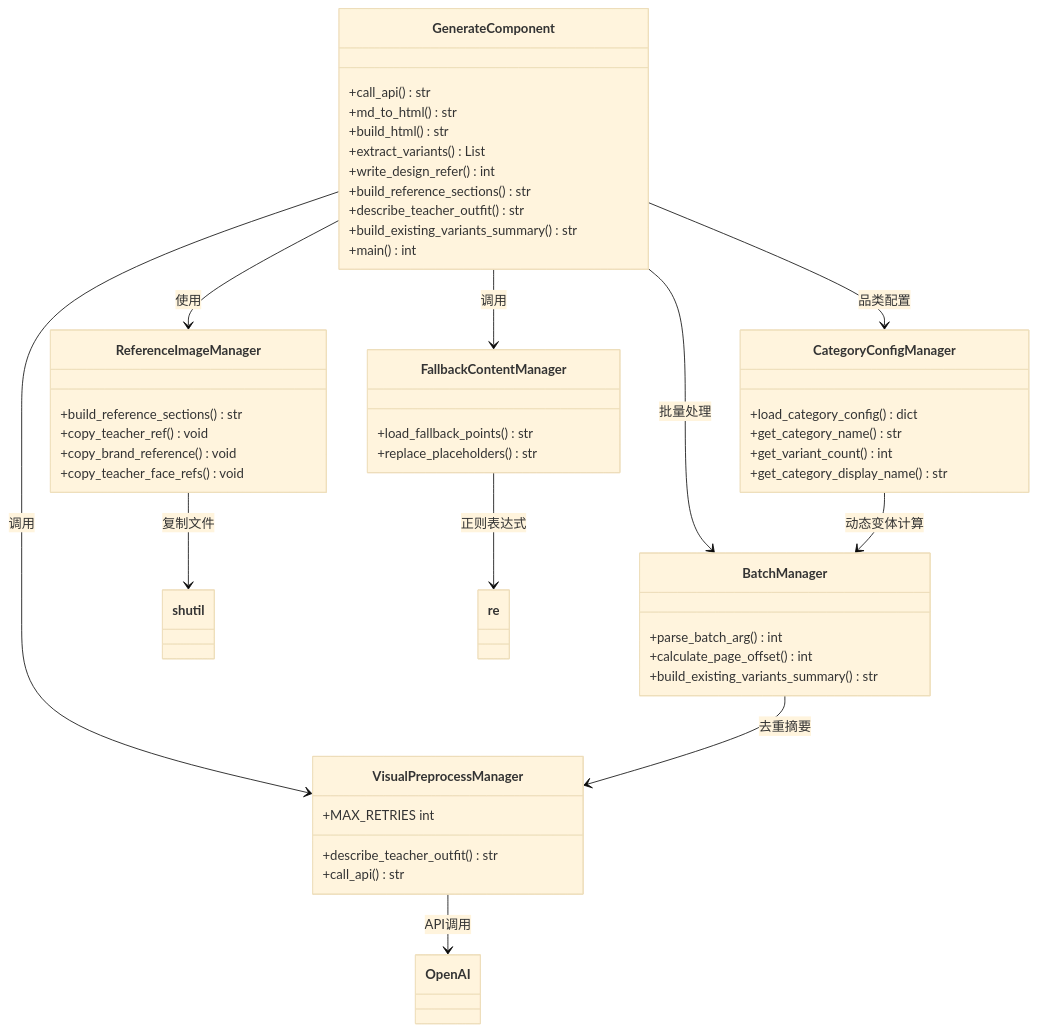
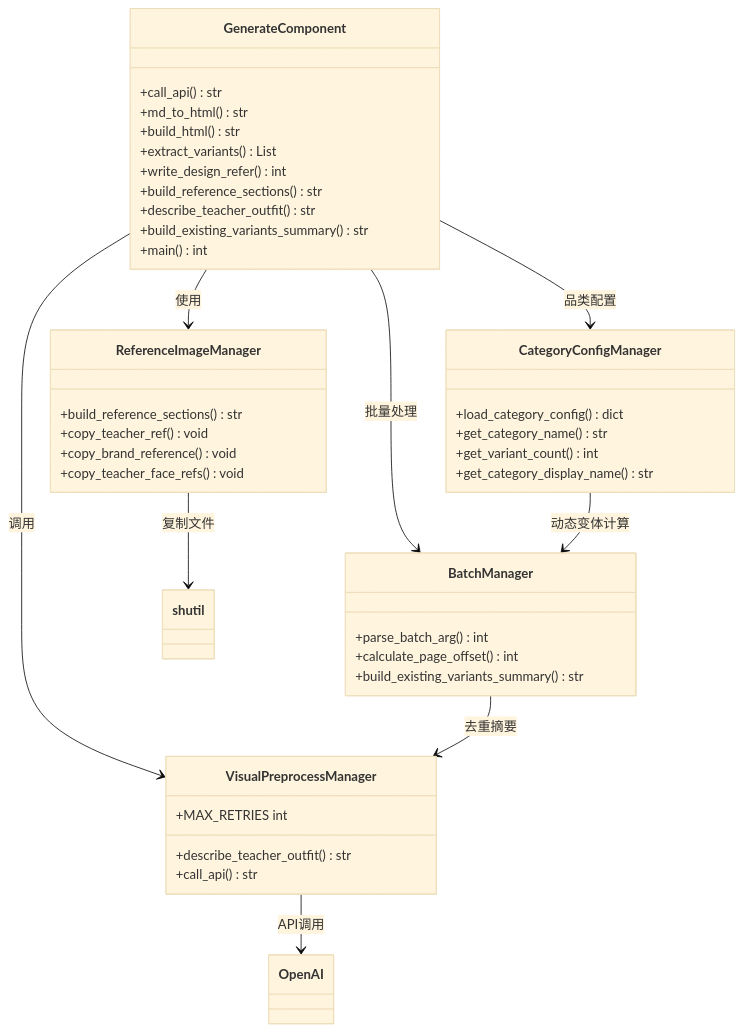
The fourth of 23 diagrams in .qoder/repowiki/zh/content/配置和定制/配置和定制.md (WongMingJiu/landingpage-test-hero-page), drawn with Mermaid (base theme) before and after one commit. The commit also changed other lines of this file and 53 other files, not shown here.

````diff
--- a/.qoder/repowiki/zh/content/配置和定制/配置和定制.md
+++ b/.qoder/repowiki/zh/content/配置和定制/配置和定制.md
@@ -250,50 +245,44 @@
 ```mermaid
 classDiagram
 class GenerateComponent {
 +call_api() str
 +md_to_html() str
 +build_html() str
 +extract_variants() List
 +write_design_refer() int
 +build_reference_sections() str
 +describe_teacher_outfit() str
 +build_existing_variants_summary() str
 +main() int
 }
 class CategoryConfigManager {
 +load_category_config() dict
 +get_category_name() str
 +get_variant_count() int
 +get_category_display_name() str
 }
 class BatchManager {
 +parse_batch_arg() int
 +calculate_page_offset() int
 +build_existing_variants_summary() str
 }
 class VisualPreprocessManager {
 +describe_teacher_outfit() str
 +call_api() str
 +MAX_RETRIES int
 }
 class ReferenceImageManager {
 +build_reference_sections() str
 +copy_teacher_ref() void
 +copy_brand_reference() void
 +copy_teacher_face_refs() void
 }
-class FallbackContentManager {
-+load_fallback_points() str
-+replace_placeholders() str
-}
 GenerateComponent --> CategoryConfigManager : 品类配置
 GenerateComponent --> BatchManager : 批量处理
 GenerateComponent --> VisualPreprocessManager : 调用
 GenerateComponent --> ReferenceImageManager : 使用
-GenerateComponent --> FallbackContentManager : 调用
 CategoryConfigManager --> BatchManager : 动态变体计算
 BatchManager --> VisualPreprocessManager : 去重摘要
 VisualPreprocessManager --> OpenAI : API调用
 ReferenceImageManager --> shutil : 复制文件
-FallbackContentManager --> re : 正则表达式
 ```
````
